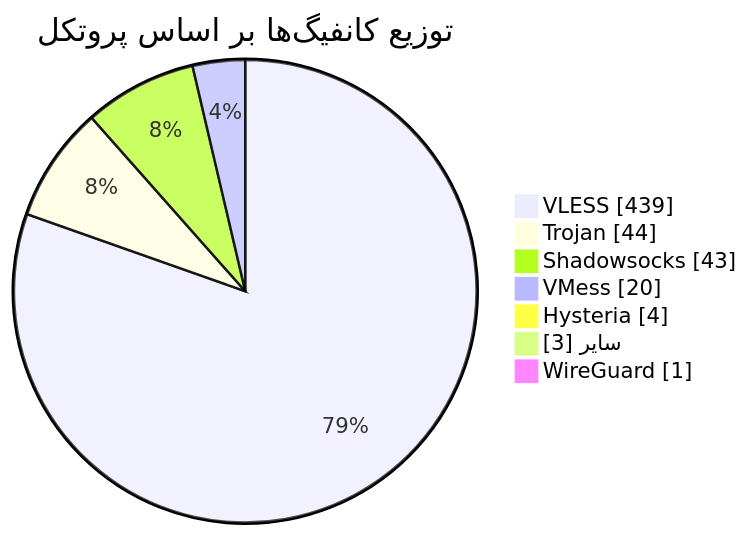
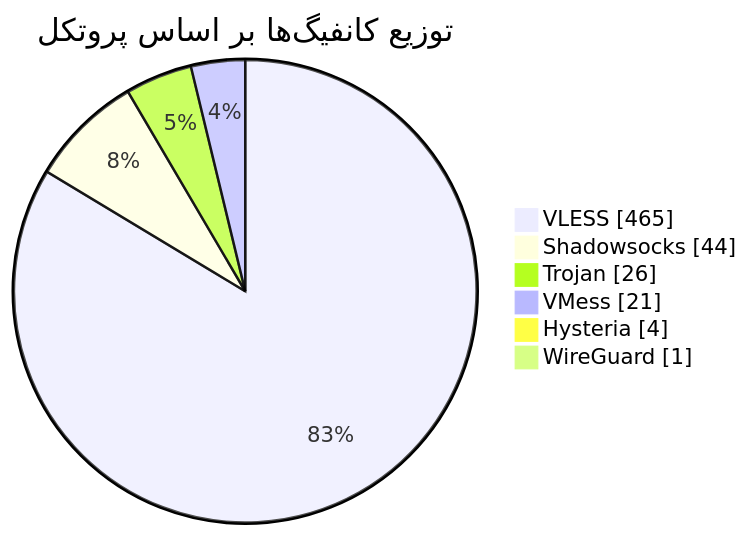
The diagram in README.md (Arian-Alijani/Somthing), drawn with Mermaid before and after one commit. The commit also changed other lines of this file and 83 other files, not shown here.

````diff
--- a/README.md
+++ b/README.md
@@ -49,11 +48,10 @@
 ```mermaid
 pie showData
     title توزیع کانفیگ‌ها بر اساس پروتکل
-    "VLESS" : 439
-    "Trojan" : 44
-    "Shadowsocks" : 43
-    "VMess" : 20
+    "VLESS" : 465
+    "Shadowsocks" : 44
+    "Trojan" : 26
+    "VMess" : 21
     "Hysteria" : 4
-    "سایر" : 3
     "WireGuard" : 1
 ```
````
